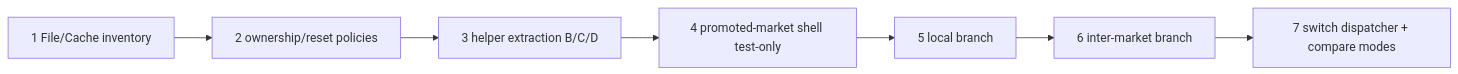
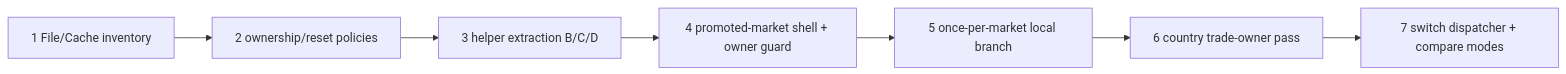
Before and after one commit to eu5mod/eu5-no-void-economy: the diagram in docs/audits/pr126/AGENT_REFACTOR_INSTRUCTIONS.md, drawn with Mermaid. The commit also changed other lines of this file and 2 other files, not shown here.

First line of the commit message:
docs: clarify promoted-market owner guard

````diff
--- a/docs/audits/pr126/AGENT_REFACTOR_INSTRUCTIONS.md
+++ b/docs/audits/pr126/AGENT_REFACTOR_INSTRUCTIONS.md
@@ -5,9 +5,9 @@
 ```mermaid
 flowchart LR
     A[1 File/Cache inventory] --> B[2 ownership/reset policies]
     B --> C[3 helper extraction B/C/D]
-    C --> D[4 promoted-market shell test-only]
-    D --> E[5 local branch]
-    E --> F[6 inter-market branch]
+    C --> D[4 promoted-market shell + owner guard]
+    D --> E[5 once-per-market local branch]
+    E --> F[6 country trade-owner pass]
     F --> G[7 switch dispatcher + compare modes]
 ```
````
